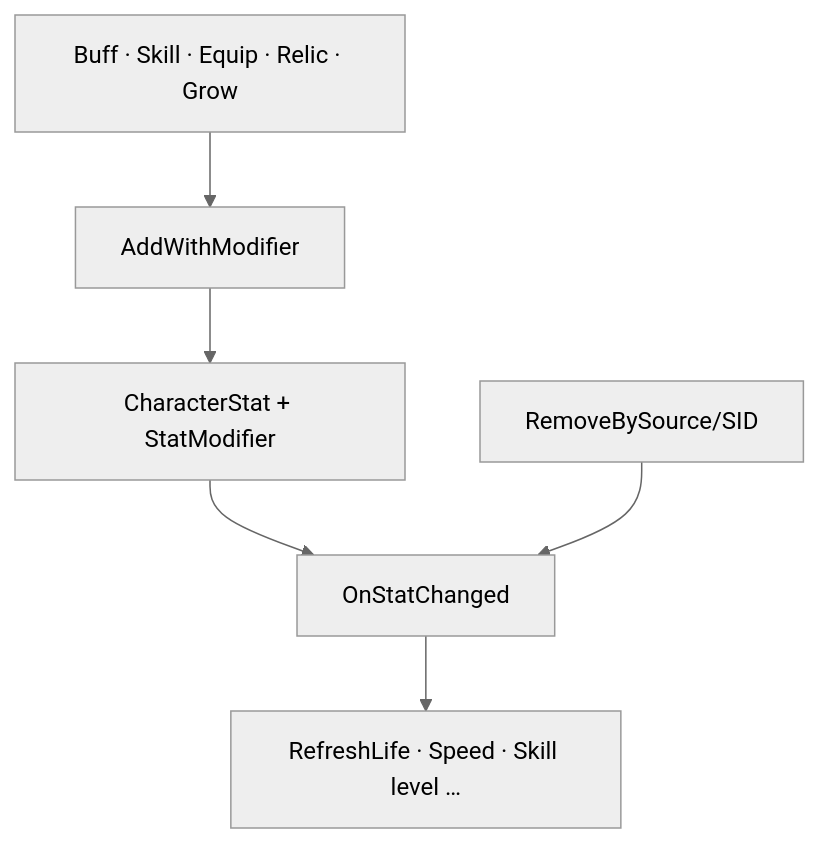
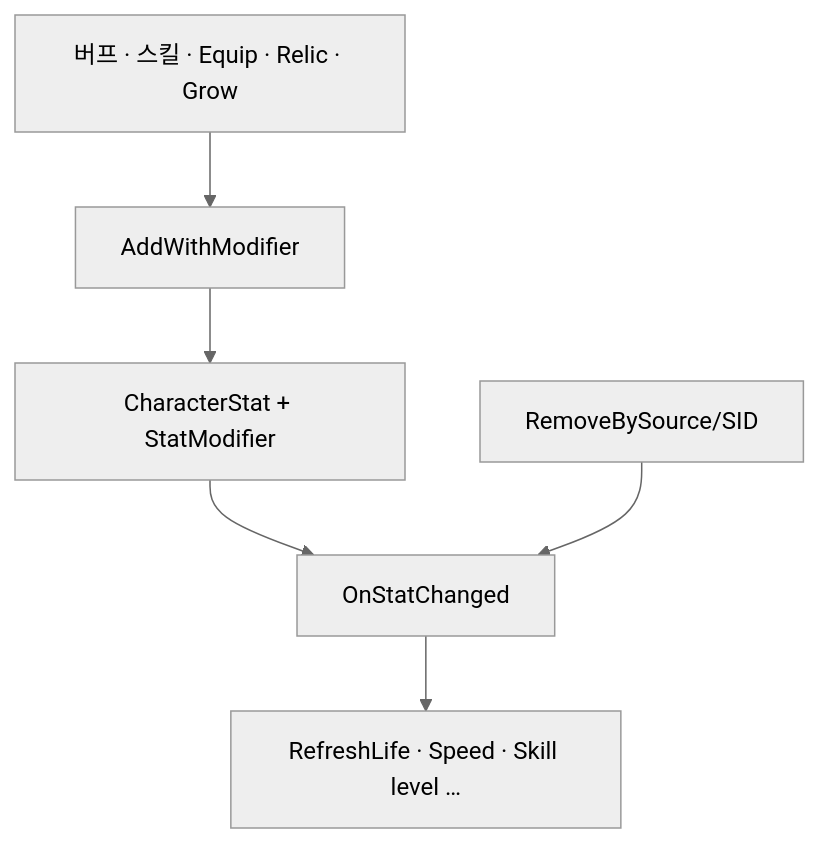
Before and after one commit to monet5379/monet5379.github.io: the diagram in notes/dragon-combat-stat.md, drawn with Mermaid (neutral theme). The commit also changed other lines of this file and 27 other files, not shown here.

````diff
--- a/notes/dragon-combat-stat.md
+++ b/notes/dragon-combat-stat.md
@@ -55,8 +55,8 @@
 ```mermaid
 flowchart TD
-  P["Buff · Skill · Equip · Relic · Grow"] --> A["AddWithModifier"]
+  P["버프 · 스킬 · Equip · Relic · Grow"] --> A["AddWithModifier"]
   A --> M["CharacterStat + StatModifier"]
   M --> C["OnStatChanged"]
   C --> R["RefreshLife · Speed · Skill level …"]
   RM["RemoveBySource/SID"] --> C
 ```
````
